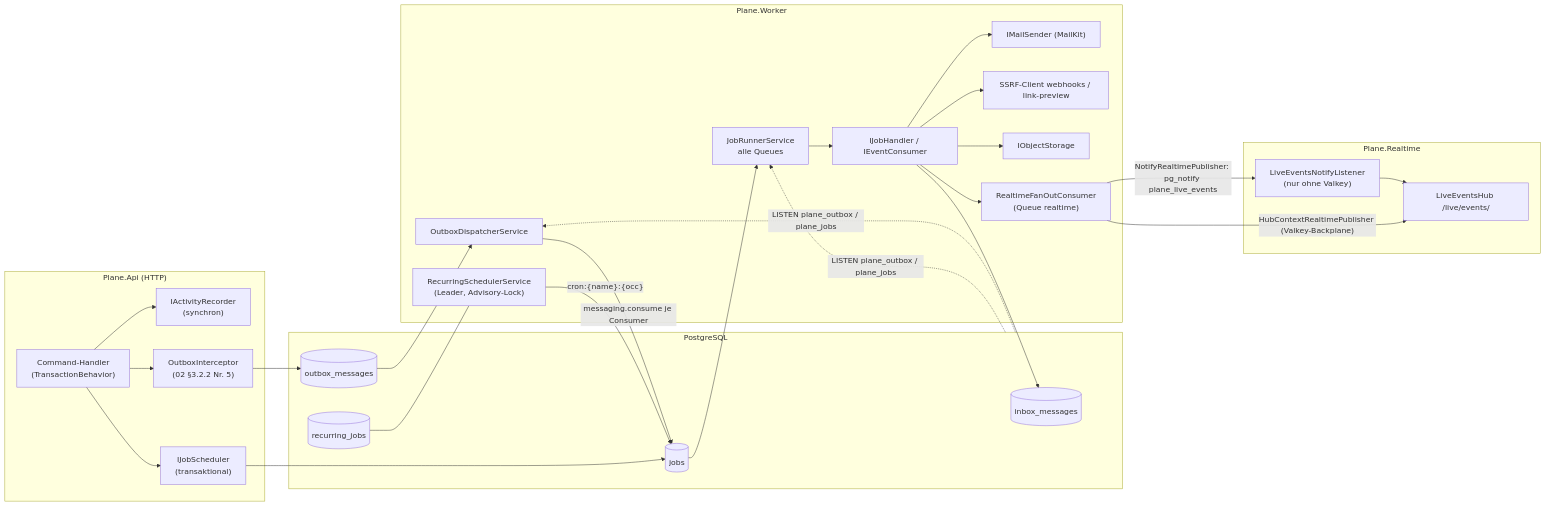
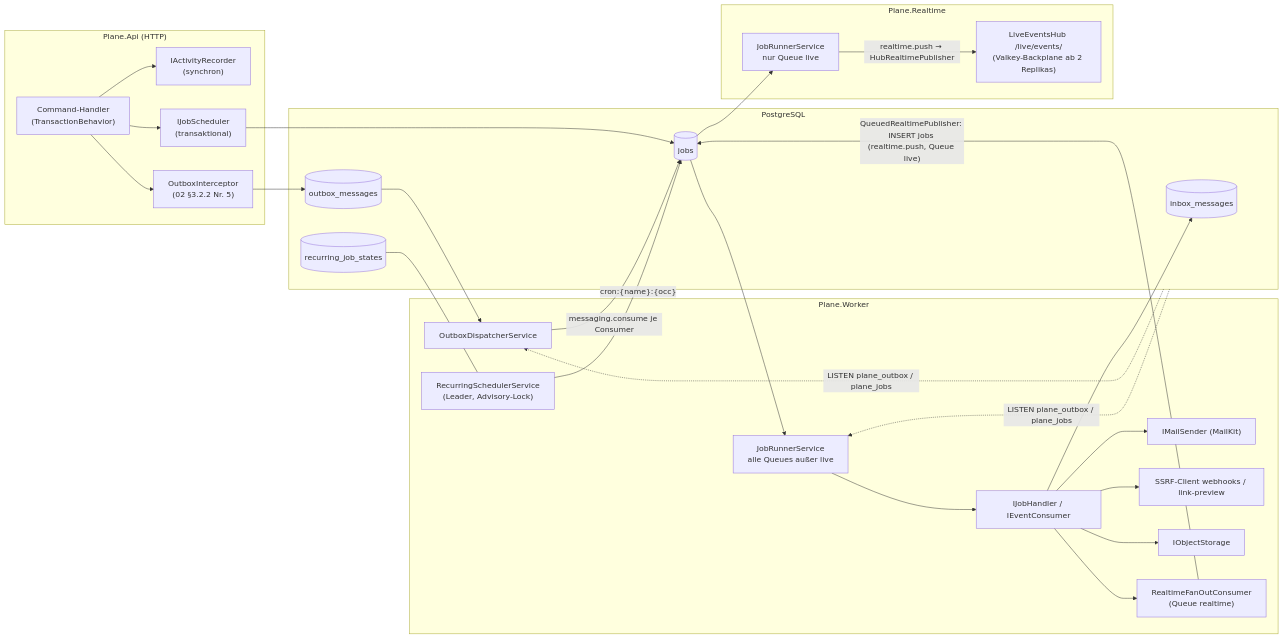
The first of 5 diagrams in migration/architecture/06-hintergrundjobs-events-benachrichtigungen.md (mlwr/plane), drawn with Mermaid before and after one commit. The commit also changed other lines of this file and 18 other files, not shown here.

First line of the commit message:
docs(migration): second alignment round and funk. branding across architecture docs

````diff
--- a/migration/architecture/06-hintergrundjobs-events-benachrichtigungen.md
+++ b/migration/architecture/06-hintergrundjobs-events-benachrichtigungen.md
@@ -114,35 +115,35 @@
 ```mermaid
 flowchart LR
   subgraph Api["Plane.Api (HTTP)"]
     CMD["Command-Handler<br/>(TransactionBehavior)"] --> REC["IActivityRecorder<br/>(synchron)"]
     CMD --> OI["OutboxInterceptor<br/>(02 §3.2.2 Nr. 5)"]
     CMD --> JS["IJobScheduler<br/>(transaktional)"]
   end
   subgraph PG["PostgreSQL"]
     OB[(outbox_messages)]
     JB[(jobs)]
     IB[(inbox_messages)]
-    RS[(recurring_jobs)]
+    RS[(recurring_job_states)]
   end
   OI --> OB
   JS --> JB
   subgraph Worker["Plane.Worker"]
     OD["OutboxDispatcherService"] -->|"messaging.consume je Consumer"| JB
     SCH["RecurringSchedulerService<br/>(Leader, Advisory-Lock)"] -->|"cron:{name}:{occ}"| JB
-    JR["JobRunnerService<br/>alle Queues"] --> H["IJobHandler / IEventConsumer"]
+    JR["JobRunnerService<br/>alle Queues außer live"] --> H["IJobHandler / IEventConsumer"]
     H --> IB
     H --> MAIL["IMailSender (MailKit)"]
     H --> HTTP["SSRF-Client webhooks / link-preview"]
     H --> S3["IObjectStorage"]
     H --> RFC["RealtimeFanOutConsumer<br/>(Queue realtime)"]
   end
   OB --> OD
   RS --- SCH
   JB --> JR
   subgraph Rt["Plane.Realtime"]
-    LNL["LiveEventsNotifyListener<br/>(nur ohne Valkey)"] --> HUB["LiveEventsHub /live/events/"]
+    JRL["JobRunnerService<br/>nur Queue live"] -->|"realtime.push → HubRealtimePublisher"| HUB["LiveEventsHub /live/events/<br/>(Valkey-Backplane ab 2 Replikas)"]
   end
-  RFC -->|"HubContextRealtimePublisher (Valkey-Backplane)"| HUB
-  RFC -->|"NotifyRealtimePublisher: pg_notify plane_live_events"| LNL
+  RFC -->|"QueuedRealtimePublisher: INSERT jobs (realtime.push, Queue live)"| JB
+  JB --> JRL
   PG -. "LISTEN plane_outbox / plane_jobs" .-> OD & JR
 ```
````
